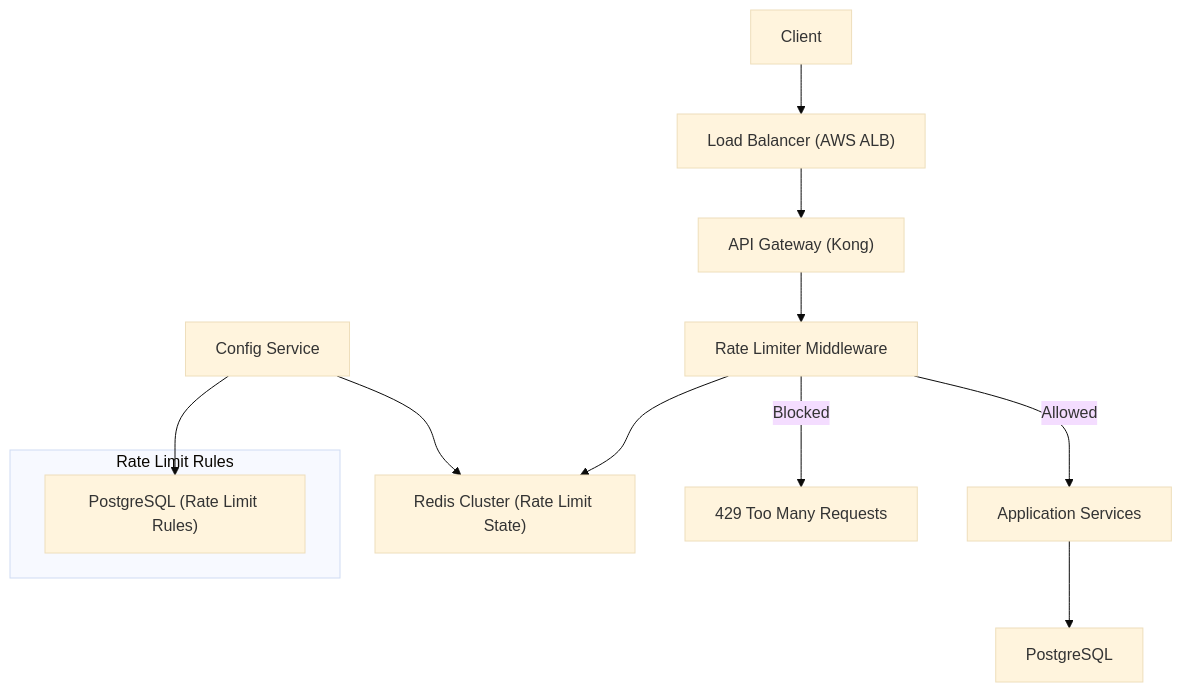
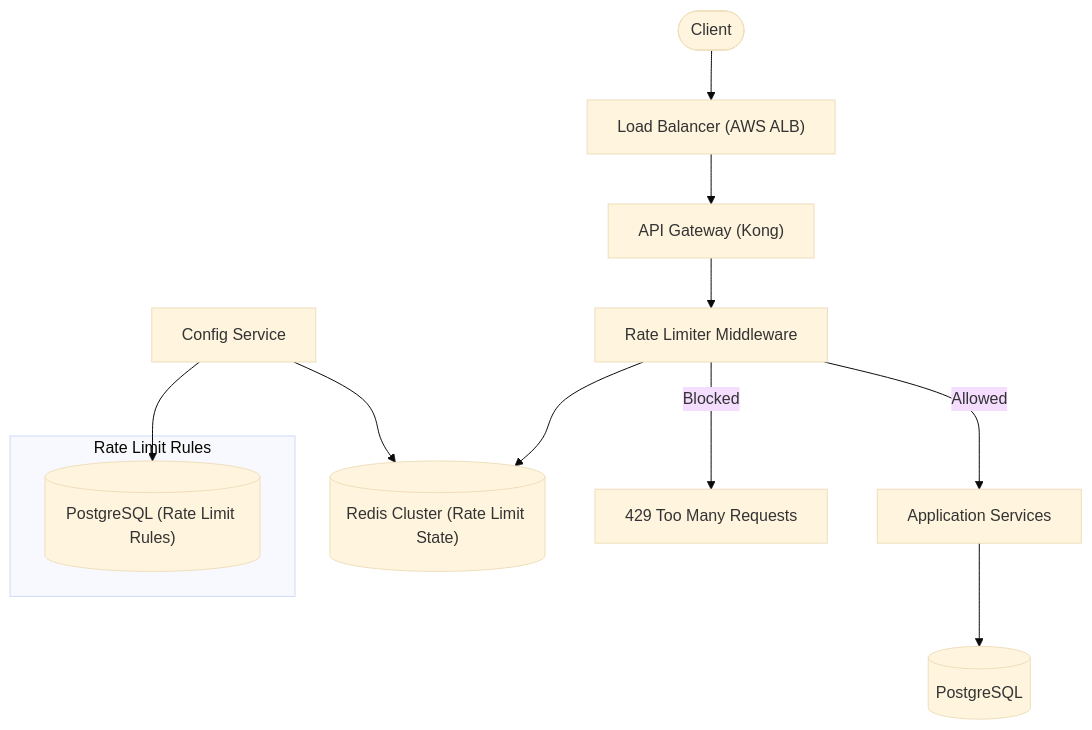
The second of 3 diagrams in docs/prep/System Design/03-Estimation/03-interview-examples.md (ShanmugaGanesh1999/Portfolio), drawn with Mermaid (base theme) before and after one commit. The commit also changed other lines of this file and 40 other files, not shown here.

First line of the commit message:
Refactor diagram node rendering to use reusable shape components

````diff
--- a/docs/prep/System Design/03-Estimation/03-interview-examples.md
+++ b/docs/prep/System Design/03-Estimation/03-interview-examples.md
@@ -292,21 +292,21 @@
 ```mermaid
 graph TD
-    Client["Client"] --> LB["Load Balancer (AWS ALB)"]
+    Client(["Client"]) --> LB["Load Balancer (AWS ALB)"]
     LB --> API["API Gateway (Kong)"]
     
     API --> RateLimiter["Rate Limiter Middleware"]
     
-    RateLimiter --> RedisCluster["Redis Cluster (Rate Limit State)"]
+    RateLimiter --> RedisCluster[("Redis Cluster (Rate Limit State)")]
     
     RateLimiter -->|Allowed| AppService["Application Services"]
     RateLimiter -->|Blocked| RejectionHandler["429 Too Many Requests"]
     
-    AppService --> Database["PostgreSQL"]
+    AppService --> Database[("PostgreSQL")]
     
     ConfigService["Config Service"] --> RedisCluster
-    ConfigService --> RulesDB["PostgreSQL (Rate Limit Rules)"]
+    ConfigService --> RulesDB[("PostgreSQL (Rate Limit Rules)")]
     
     subgraph "Rate Limit Rules"
         RulesDB
     end
 ```
````
